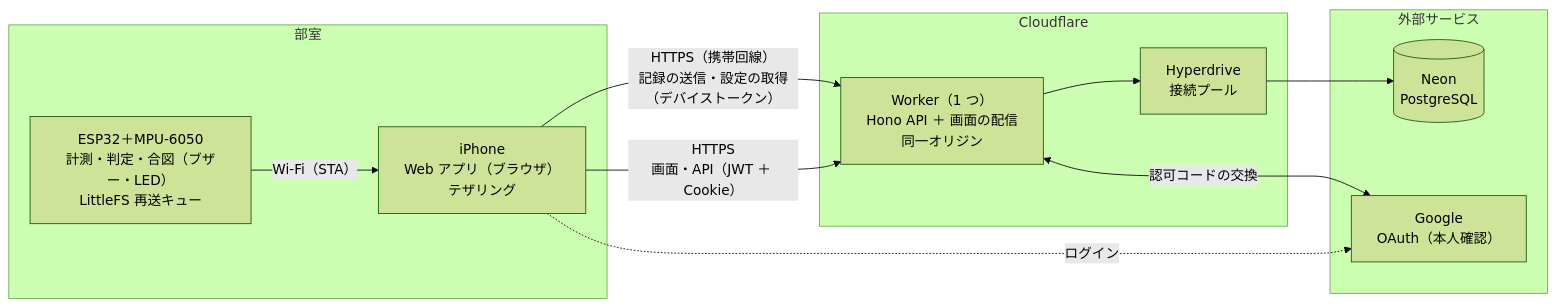
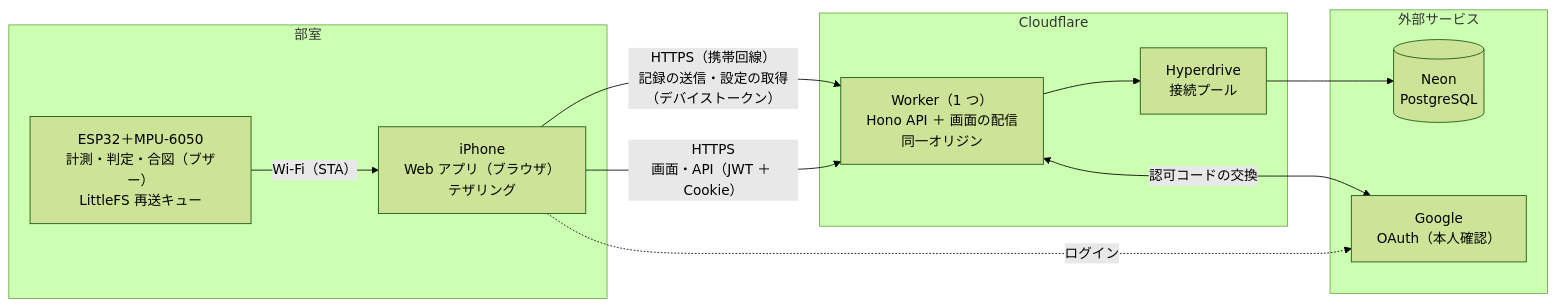
The first of 6 diagrams in docs/architecture.md (hayate5967/press-call), drawn with Mermaid (forest theme) before and after one commit. The commit also changed other lines of this file and 6 other files, not shown here.

````diff
--- a/docs/architecture.md
+++ b/docs/architecture.md
@@ -7,22 +7,22 @@
 ```mermaid
 flowchart LR
   subgraph club["部室"]
-    E["ESP32＋MPU-6050<br/>計測・判定・合図（ブザー・LED）<br/>LittleFS 再送キュー"]
+    E["ESP32＋MPU-6050<br/>計測・判定・合図（ブザー）<br/>LittleFS 再送キュー"]
     P["iPhone<br/>Web アプリ（ブラウザ）<br/>テザリング"]
     E -- "Wi-Fi（STA）" --> P
   end
   subgraph cf["Cloudflare"]
     W["Worker（1 つ）<br/>Hono API ＋ 画面の配信<br/>同一オリジン"]
     H["Hyperdrive<br/>接続プール"]
     W --> H
   end
   subgraph ext["外部サービス"]
     N[("Neon<br/>PostgreSQL")]
     G["Google<br/>OAuth（本人確認）"]
   end
   P -- "HTTPS（携帯回線）<br/>記録の送信・設定の取得（デバイストークン）" --> W
   P -- "HTTPS<br/>画面・API（JWT ＋ Cookie）" --> W
   H --> N
   W <-->|"認可コードの交換"| G
   P -. "ログイン" .-> G
 ```
````
